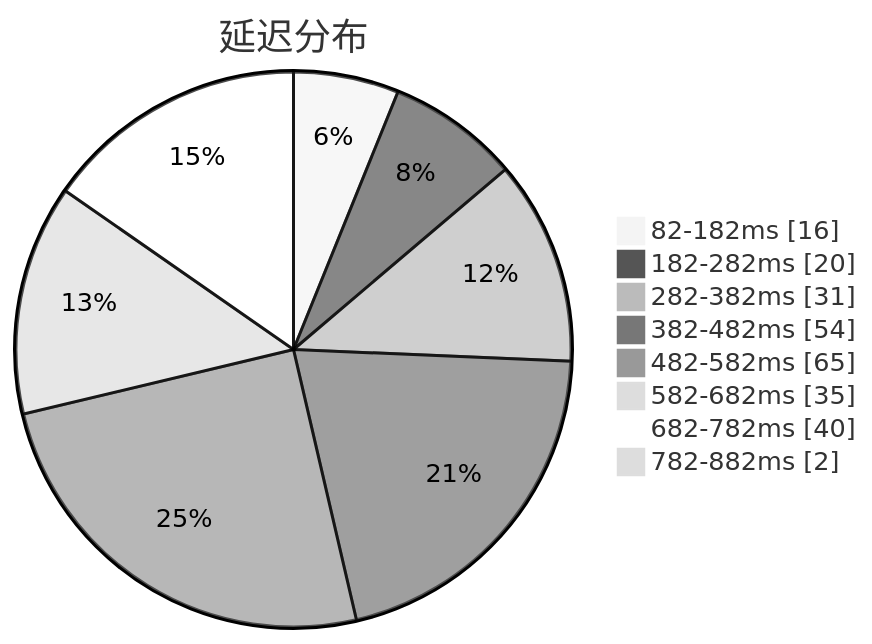
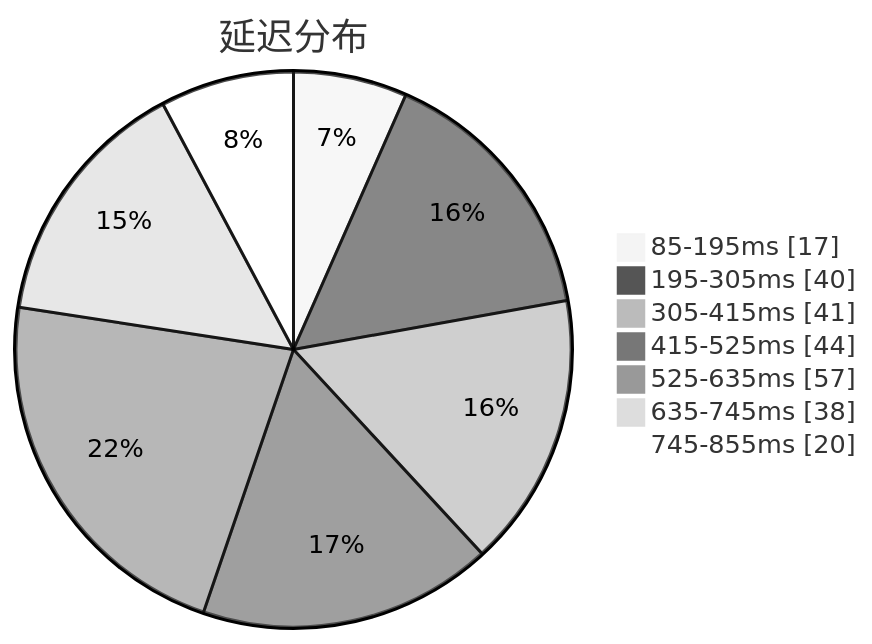
The first of 3 diagrams in subs/statistics/tested_within.md (sinspired/airport), drawn with Mermaid (neutral theme) before and after one commit. The commit also changed other lines of this file and 2 other files, not shown here.

````diff
--- a/subs/statistics/tested_within.md
+++ b/subs/statistics/tested_within.md
@@ -2,12 +2,11 @@
 ```mermaid
 pie showData
 title 延迟分布
-"82-182ms" : 16
-"182-282ms" : 20
-"282-382ms" : 31
-"382-482ms" : 54
-"482-582ms" : 65
-"582-682ms" : 35
-"682-782ms" : 40
-"782-882ms" : 2
+"85-195ms" : 17
+"195-305ms" : 40
+"305-415ms" : 41
+"415-525ms" : 44
+"525-635ms" : 57
+"635-745ms" : 38
+"745-855ms" : 20
 ```
````
